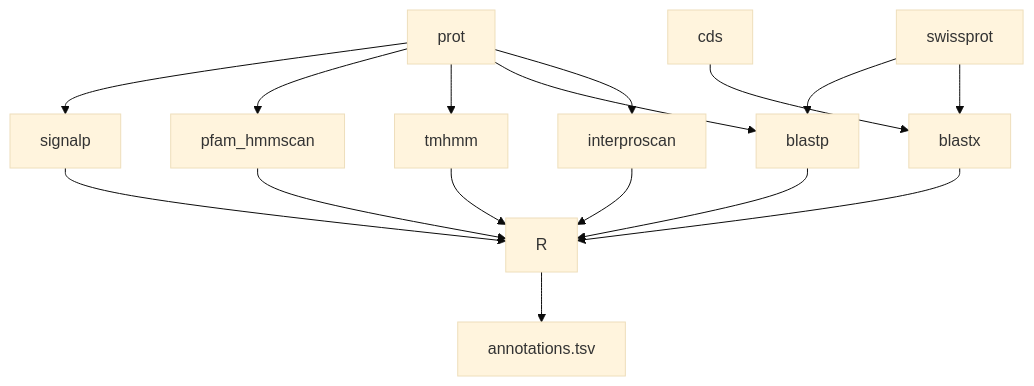
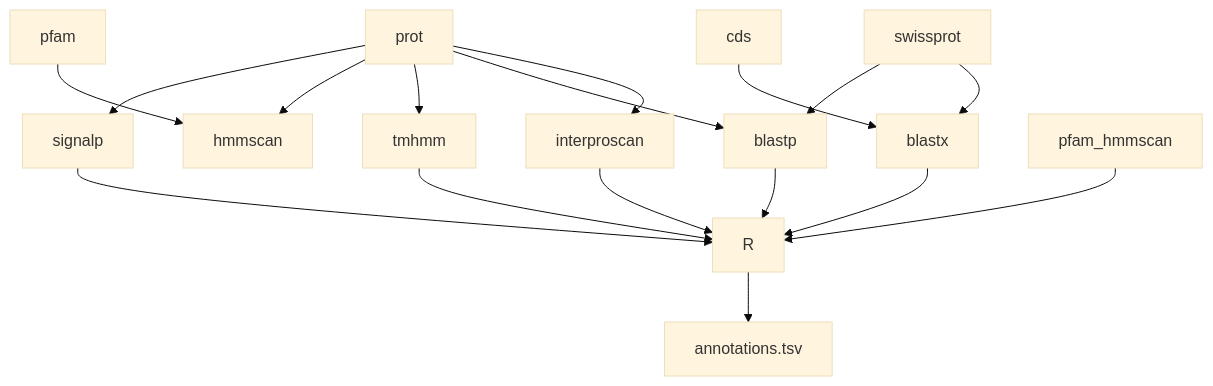
The diagram in README.md (marine-omics/moat), drawn with Mermaid (base theme) before and after one commit.

````diff
--- a/README.md
+++ b/README.md
@@ -5,18 +5,19 @@
 ```mermaid
 graph TD;
 	prot-->signalp;
-	prot-->pfam_hmmscan;
+	prot-->hmmscan;
 	prot-->tmhmm;
 	prot-->blastp;
 	cds-->blastx;
 	swissprot-->blastp;
 	swissprot-->blastx;
+	pfam-->hmmscan;
 	prot-->interproscan;
 	signalp-->R;
 	tmhmm-->R;
 	pfam_hmmscan-->R;
 	blastp-->R;
 	blastx-->R;
 	interproscan-->R;
 	R-->annotations.tsv
 ```
````
